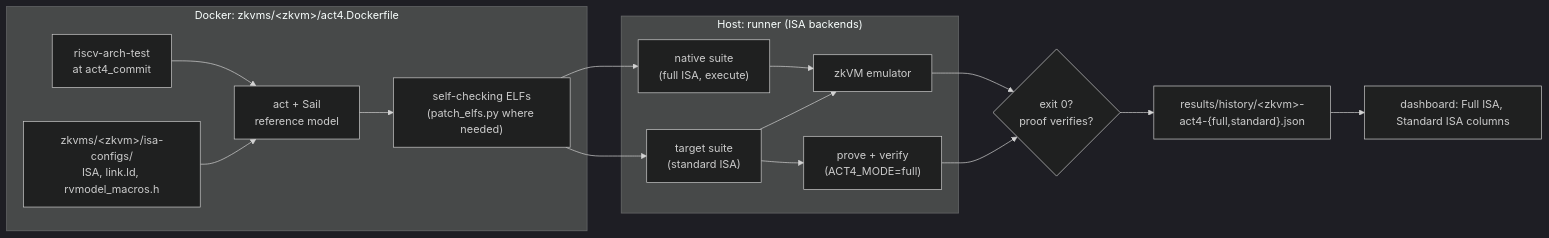
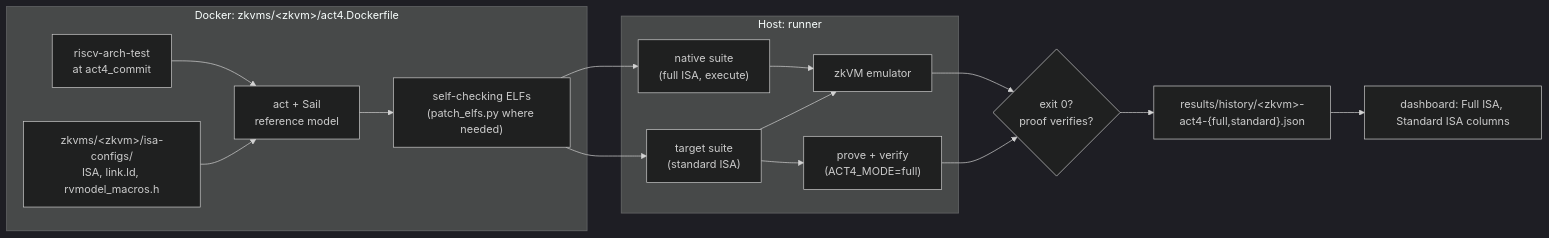
The first of 2 diagrams in README.md (eth-act/zkevm-test-monitor), drawn with Mermaid (dark theme) before and after one commit. The commit also changed other lines of this file and 8 other files, not shown here.

````diff
--- a/README.md
+++ b/README.md
@@ -19,19 +19,19 @@
 ```mermaid
 flowchart LR
     subgraph docker["Docker: zkvms/&lt;zkvm&gt;/act4.Dockerfile"]
         tests["riscv-arch-test<br/>at act4_commit"] --> act["act + Sail<br/>reference model"]
         cfg["zkvms/&lt;zkvm&gt;/isa-configs/<br/>ISA, link.ld, rvmodel_macros.h"] --> act
         act --> elfs["self-checking ELFs<br/>(patch_elfs.py where needed)"]
     end
     elfs --> native["native suite<br/>(full ISA, execute)"]
     elfs --> target["target suite<br/>(standard ISA)"]
-    subgraph host["Host: runner (ISA backends)"]
+    subgraph host["Host: runner"]
         native --> emu["zkVM emulator"]
         target --> emu
         target --> prove["prove + verify<br/>(ACT4_MODE=full)"]
     end
     emu --> verdict{"exit 0?<br/>proof verifies?"}
     prove --> verdict
     verdict --> hist["results/history/&lt;zkvm&gt;-act4-{full,standard}.json"]
     hist --> dash["dashboard: Full ISA, Standard ISA columns"]
 ```
````
